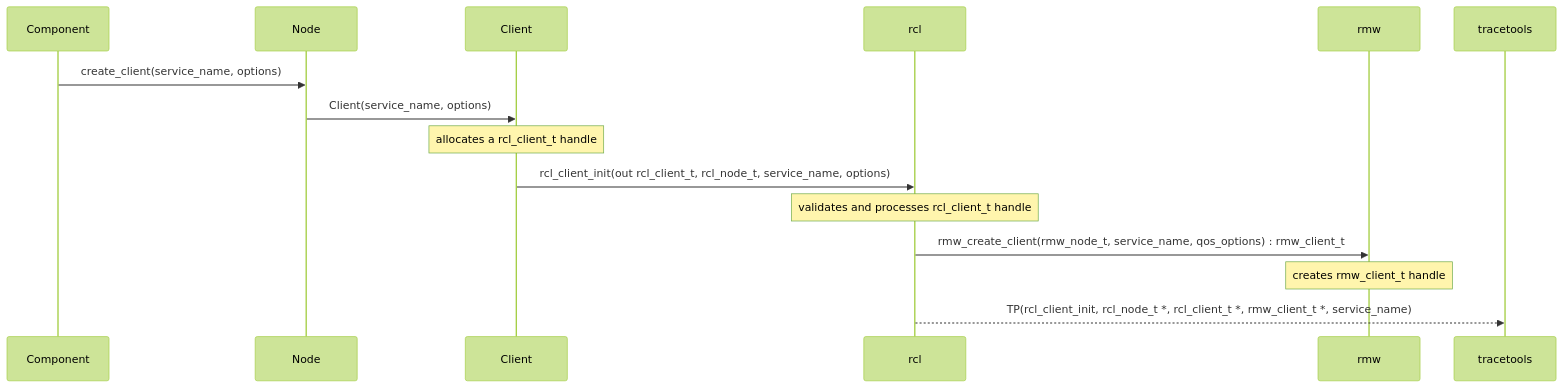
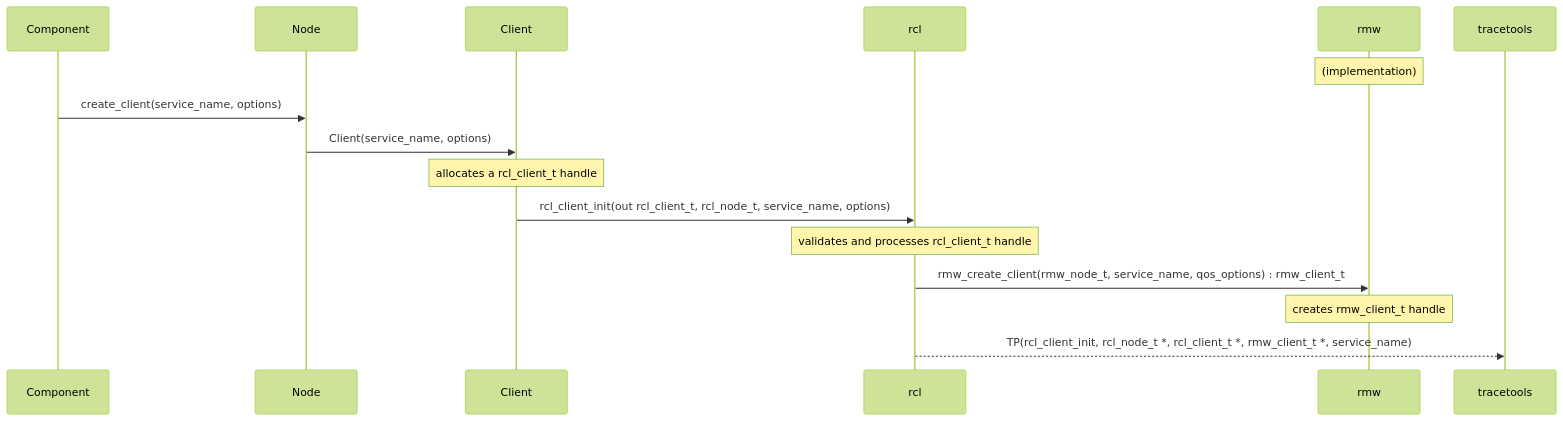
Before and after one commit to ros2/ros2_tracing: the tenth of 13 diagrams in doc/design_ros_2.md, drawn with Mermaid (forest theme). The commit also changed other lines of this file, not shown here.

Commit message:
Add rmw implementation notes for client flow diagrams

````diff
--- a/doc/design_ros_2.md
+++ b/doc/design_ros_2.md
@@ -303,18 +303,20 @@
 ```mermaid
 sequenceDiagram
     participant Component
     participant Node
     participant Client
     participant rcl
     participant rmw
     participant tracetools
+
+    Note over rmw: (implementation)
 
     Component->>Node: create_client(service_name, options)
     Node->>Client: Client(service_name, options)
     Note over Client: allocates a rcl_client_t handle
     Client->>rcl: rcl_client_init(out rcl_client_t, rcl_node_t, service_name, options)
     Note over rcl: validates and processes rcl_client_t handle
     rcl->>rmw: rmw_create_client(rmw_node_t, service_name, qos_options) : rmw_client_t
     Note over rmw: creates rmw_client_t handle
     rcl-->>tracetools: TP(rcl_client_init, rcl_node_t *, rcl_client_t *, rmw_client_t *, service_name)
 ```
````
